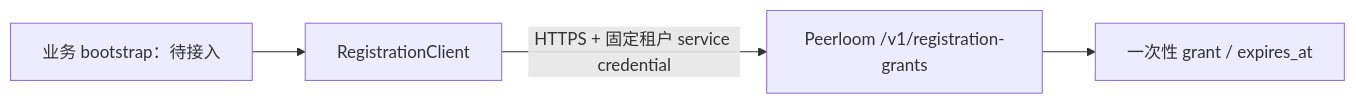
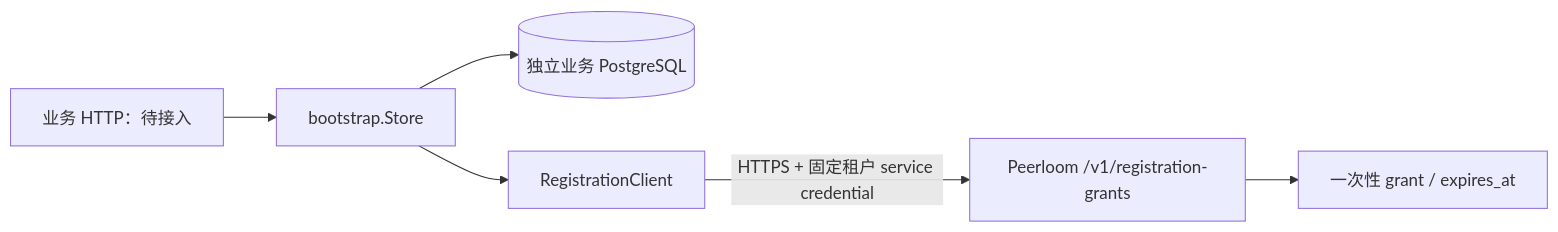
Before and after one commit to barry-ran/quick-mirror-service: the diagram in docs/安装注册模块.md, drawn with Mermaid. The commit also changed other lines of this file and 8 other files, not shown here.

Commit message:
feat: 持久化安装注册幂等意图并防止凭证轮换重复签发

````diff
--- a/docs/安装注册模块.md
+++ b/docs/安装注册模块.md
@@ -7,6 +7,8 @@
 ```mermaid
 flowchart LR
-  B[业务 bootstrap：待接入] --> A[RegistrationClient]
+  B[业务 HTTP：待接入] --> S[bootstrap.Store]
+  S --> D[(独立业务 PostgreSQL)]
+  S --> A[RegistrationClient]
   A -->|HTTPS + 固定租户 service credential| P[Peerloom /v1/registration-grants]
   P --> G[一次性 grant / expires_at]
 ```
````
